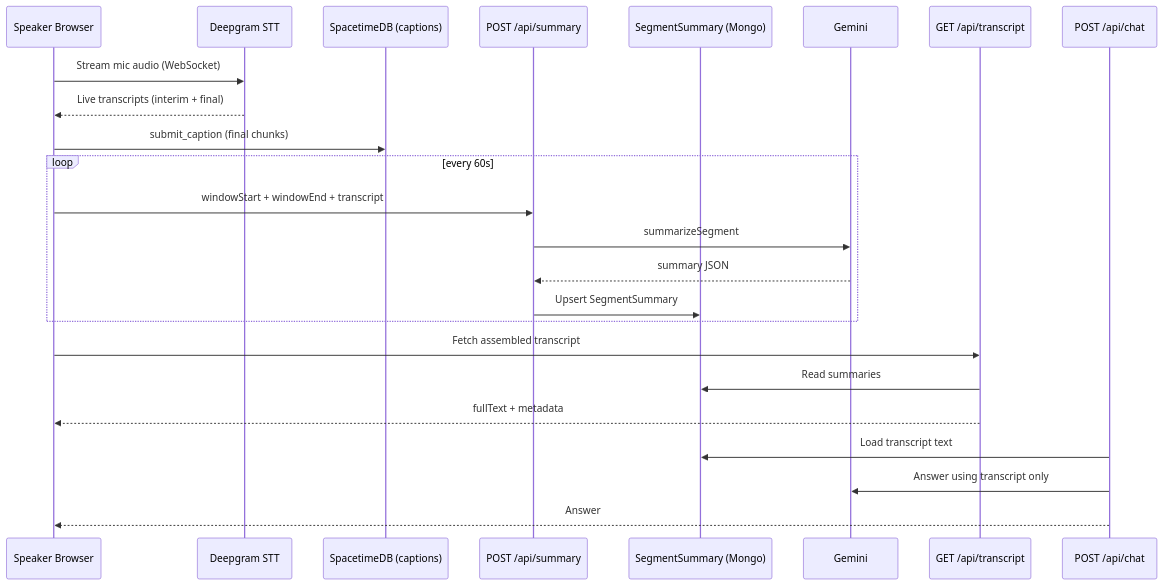
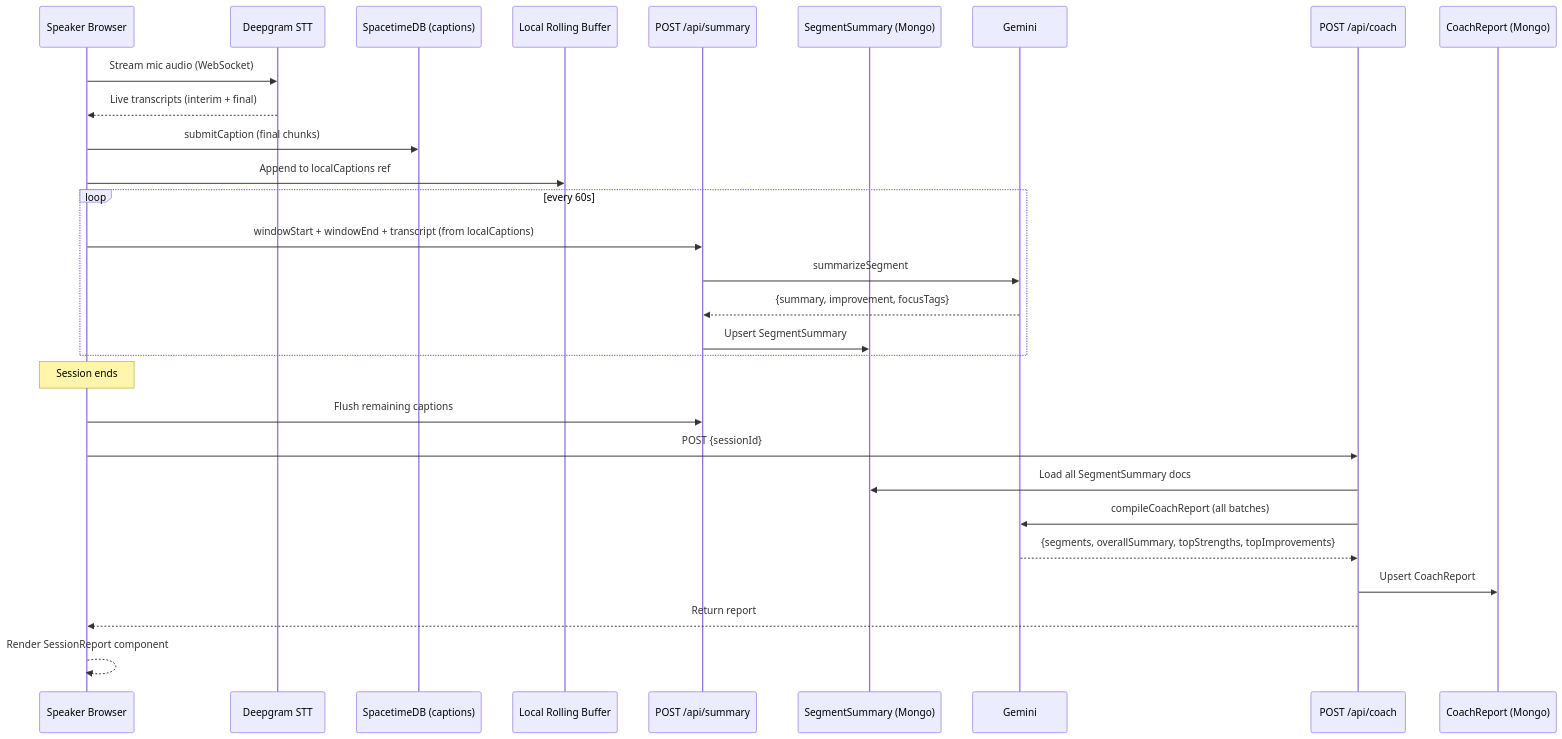
The sixth of 9 diagrams in PULSE_ARCHITECTUREPLAN.md (arvinder004/PULSE_HACKBYTE4.0), drawn with Mermaid before and after one commit. The commit also changed other lines of this file and 1 other file, not shown here.

````diff
--- a/PULSE_ARCHITECTUREPLAN.md
+++ b/PULSE_ARCHITECTUREPLAN.md
@@ -238,27 +292,32 @@
 ```mermaid
 sequenceDiagram
   participant Spk as Speaker Browser
   participant DG as Deepgram STT
   participant ST as SpacetimeDB (captions)
+  participant Buf as Local Rolling Buffer
   participant Sum as POST /api/summary
   participant Seg as SegmentSummary (Mongo)
   participant Gem as Gemini
-  participant Tr as GET /api/transcript
-  participant Chat as POST /api/chat
+  participant Coach as POST /api/coach
+  participant CR as CoachReport (Mongo)
 
   Spk->>DG: Stream mic audio (WebSocket)
   DG-->>Spk: Live transcripts (interim + final)
-  Spk->>ST: submit_caption (final chunks)
+  Spk->>ST: submitCaption (final chunks)
+  Spk->>Buf: Append to localCaptions ref
   loop every 60s
-    Spk->>Sum: windowStart + windowEnd + transcript
+    Spk->>Sum: windowStart + windowEnd + transcript (from localCaptions)
     Sum->>Gem: summarizeSegment
-    Gem-->>Sum: summary JSON
+    Gem-->>Sum: {summary, improvement, focusTags}
     Sum->>Seg: Upsert SegmentSummary
   end
-  Spk->>Tr: Fetch assembled transcript
-  Tr->>Seg: Read summaries
-  Tr-->>Spk: fullText + metadata
-  Chat->>Seg: Load transcript text
-  Chat->>Gem: Answer using transcript only
-  Chat-->>Spk: Answer
+  Note over Spk: Session ends
+  Spk->>Sum: Flush remaining captions
+  Spk->>Coach: POST {sessionId}
+  Coach->>Seg: Load all SegmentSummary docs
+  Coach->>Gem: compileCoachReport (all batches)
+  Gem-->>Coach: {segments, overallSummary, topStrengths, topImprovements}
+  Coach->>CR: Upsert CoachReport
+  Coach-->>Spk: Return report
+  Spk-->>Spk: Render SessionReport component
 ```
````
